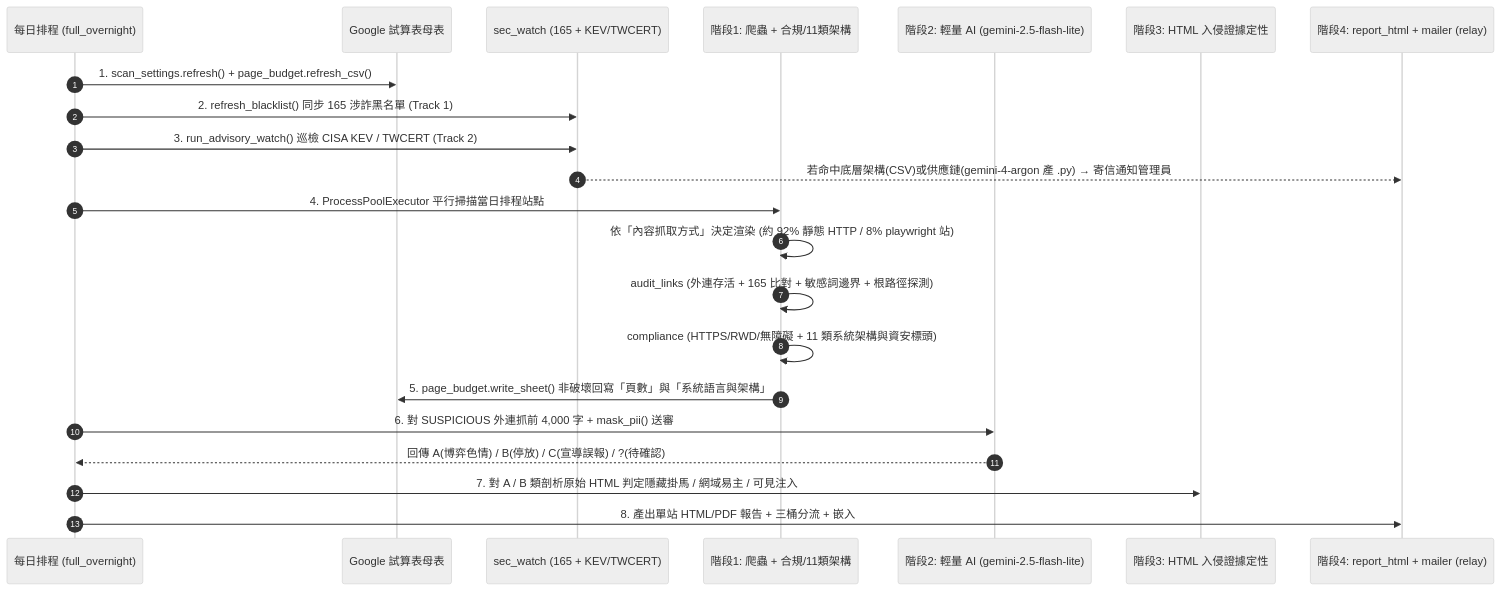
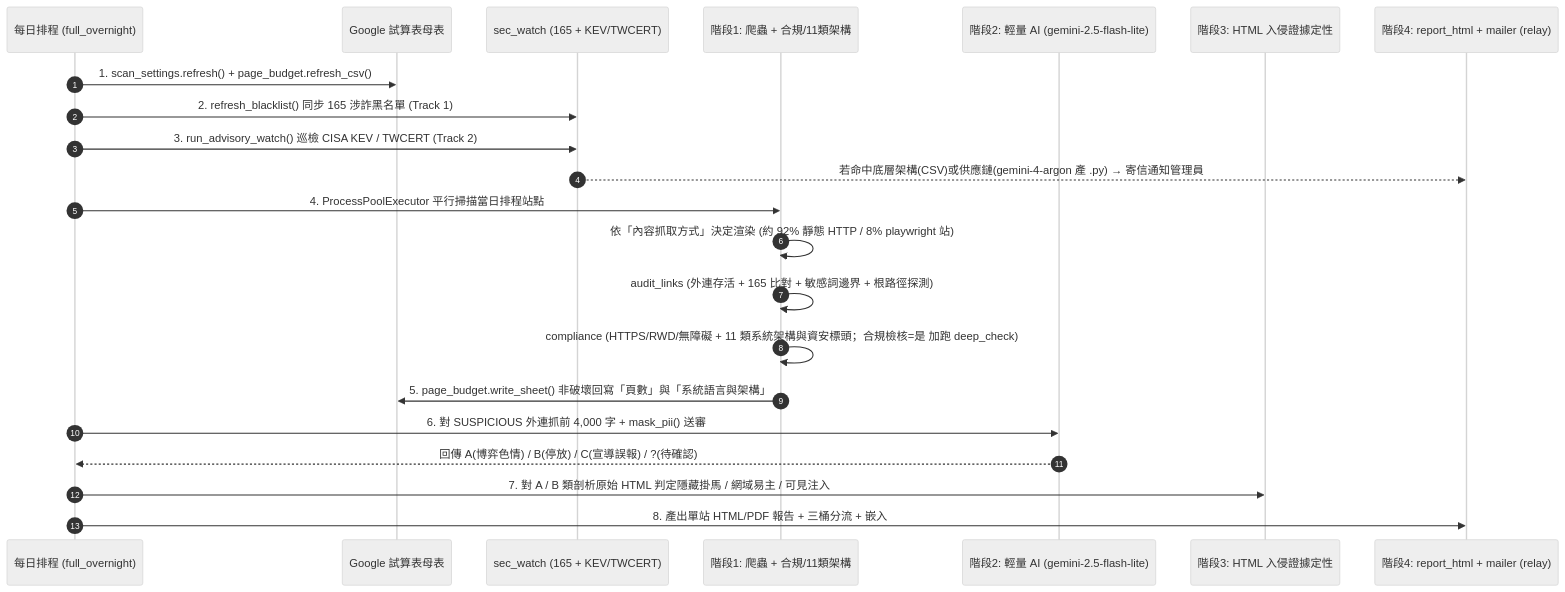
Before and after one commit to acebd12345/websitecheck: the second of 2 diagrams in docs/ARCHITECTURE.md, drawn with Mermaid (neutral theme). The commit also changed other lines of this file and 2 other files, not shown here.

Commit message:
docs: align prose with architecture review (fetch_layered vs audit_links, Track 2 in full_overnight, --advisories-only)

````diff
--- a/docs/ARCHITECTURE.md
+++ b/docs/ARCHITECTURE.md
@@ -170,27 +170,27 @@
 ```mermaid
 sequenceDiagram
     autonumber
     participant Cron as 每日排程 (full_overnight)
     participant Sheet as Google 試算表母表
     participant SW as sec_watch (165 + KEV/TWCERT)
     participant S1 as 階段1: 爬蟲 + 合規/11類架構
     participant AI_Lite as 階段2: 輕量 AI (gemini-2.5-flash-lite)
     participant S3 as 階段3: HTML 入侵證據定性
     participant Mail as 階段4: report_html + mailer (relay)
 
     Cron->>Sheet: 1. scan_settings.refresh() + page_budget.refresh_csv()
     Cron->>SW: 2. refresh_blacklist() 同步 165 涉詐黑名單 (Track 1)
     Cron->>SW: 3. run_advisory_watch() 巡檢 CISA KEV / TWCERT (Track 2)
     SW-->>Mail: 若命中底層架構(CSV)或供應鏈(gemini-4-argon 產 .py) → 寄信通知管理員
 
     Cron->>S1: 4. ProcessPoolExecutor 平行掃描當日排程站點
     S1->>S1: 依「內容抓取方式」決定渲染 (約 92% 靜態 HTTP / 8% playwright 站)
     S1->>S1: audit_links (外連存活 + 165 比對 + 敏感詞邊界 + 根路徑探測)
-    S1->>S1: compliance (HTTPS/RWD/無障礙 + 11 類系統架構與資安標頭)
+    S1->>S1: compliance (HTTPS/RWD/無障礙 + 11 類系統架構與資安標頭；合規檢核=是 加跑 deep_check)
     S1->>Sheet: 5. page_budget.write_sheet() 非破壞回寫「頁數」與「系統語言與架構」
 
     Cron->>AI_Lite: 6. 對 SUSPICIOUS 外連抓前 4,000 字 + mask_pii() 送審
     AI_Lite-->>Cron: 回傳 A(博弈色情) / B(停放) / C(宣導誤報) / ?(待確認)
     Cron->>S3: 7. 對 A / B 類剖析原始 HTML 判定隱藏掛馬 / 網域易主 / 可見注入
     Cron->>Mail: 8. 產出單站 HTML/PDF 報告 + 三桶分流 + 嵌入 #pin= 寄送各局處承辦
 ```
````
